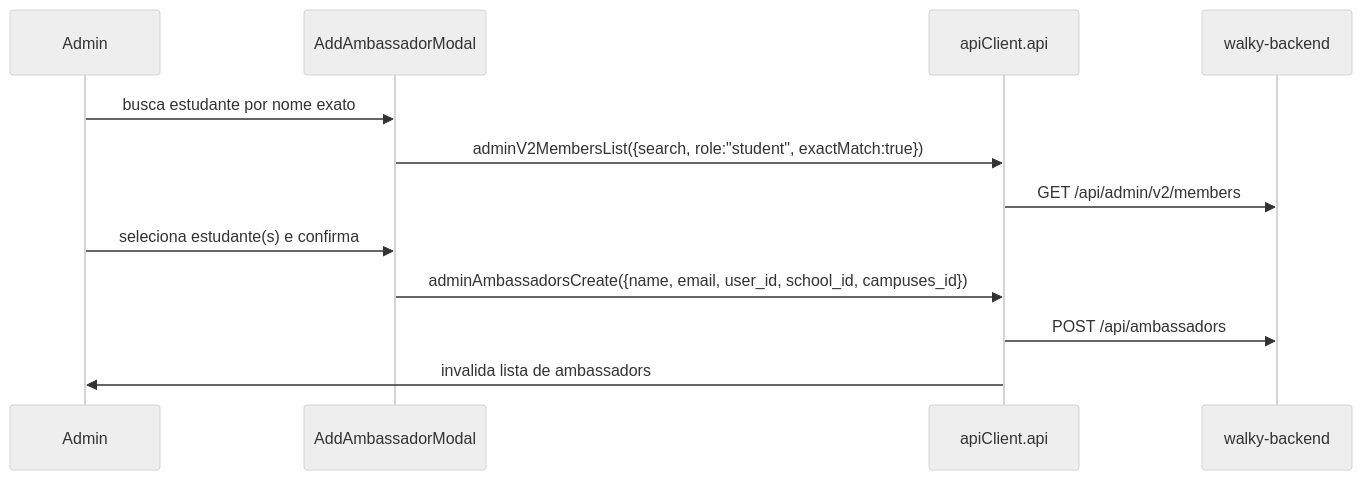
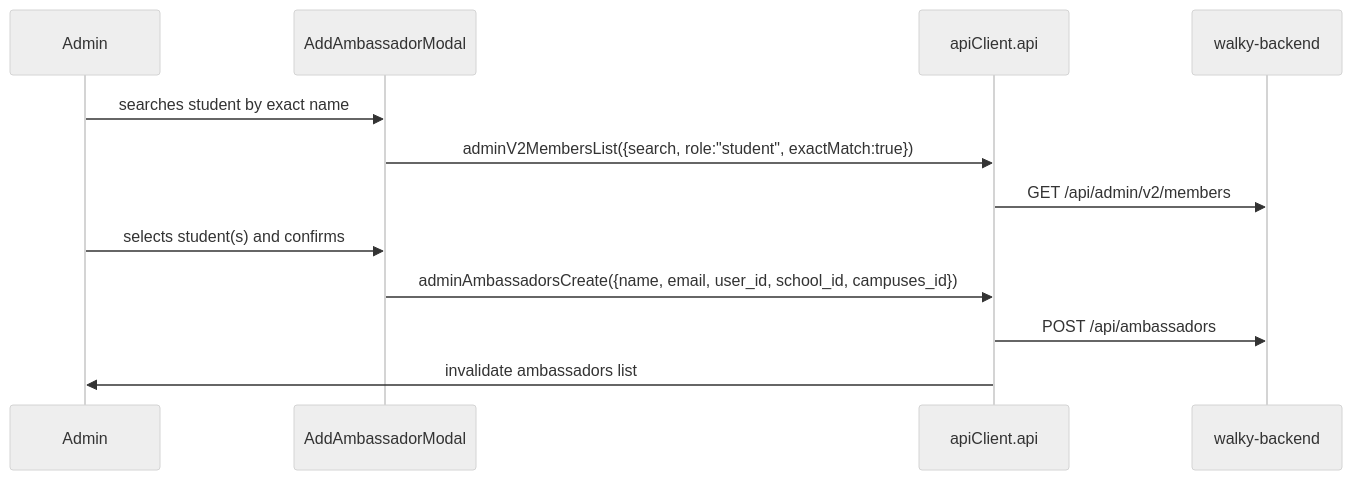
Before and after one commit to Walky-App/walky-admin: diagram 11 of 15 in docs/workflows.md, drawn with Mermaid (neutral theme). The commit also changed other lines of this file and 12 other files, not shown here.

````diff
--- a/docs/workflows.md
+++ b/docs/workflows.md
@@ -584,14 +586,14 @@
 ```mermaid
 sequenceDiagram
     participant A as Admin
     participant M as AddAmbassadorModal
     participant API as apiClient.api
     participant BE as walky-backend
-    A->>M: busca estudante por nome exato
+    A->>M: searches student by exact name
     M->>API: adminV2MembersList({search, role:"student", exactMatch:true})
     API->>BE: GET /api/admin/v2/members
-    A->>M: seleciona estudante(s) e confirma
+    A->>M: selects student(s) and confirms
     M->>API: adminAmbassadorsCreate({name, email, user_id, school_id, campuses_id})
     API->>BE: POST /api/ambassadors
-    API->>A: invalida lista de ambassadors
+    API->>A: invalidate ambassadors list
 ```
````
